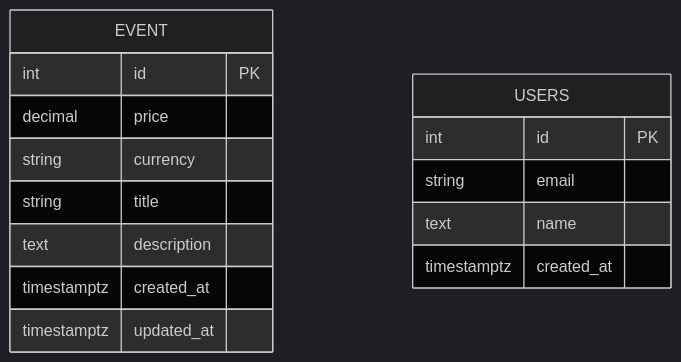
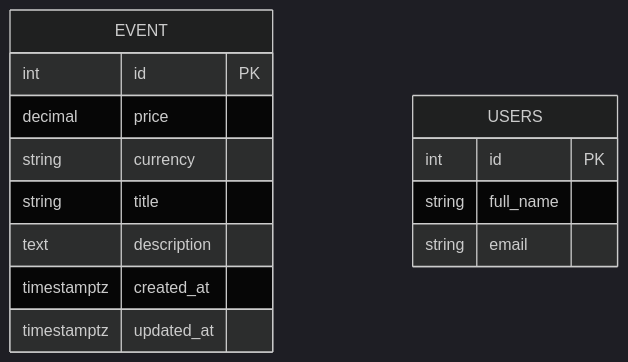
The diagram in database/readme.md (ftshn84/event-startup), drawn with Mermaid (dark theme) before and after one commit.

Commit message:
Update USERS entity in ERD: replace 'text name' with 'string full_name' and remove 'timestamptz created_at'

````diff
--- a/database/readme.md
+++ b/database/readme.md
@@ -3,18 +3,17 @@
 ```mermaid
 erDiagram
     EVENT {
         int id PK
         decimal price
         string currency
         string title
         text description
         timestamptz created_at
         timestamptz updated_at
     }
      USERS {
         int id PK
+        string full_name
         string email
-        text name
-        timestamptz created_at
     }
 ```
````
